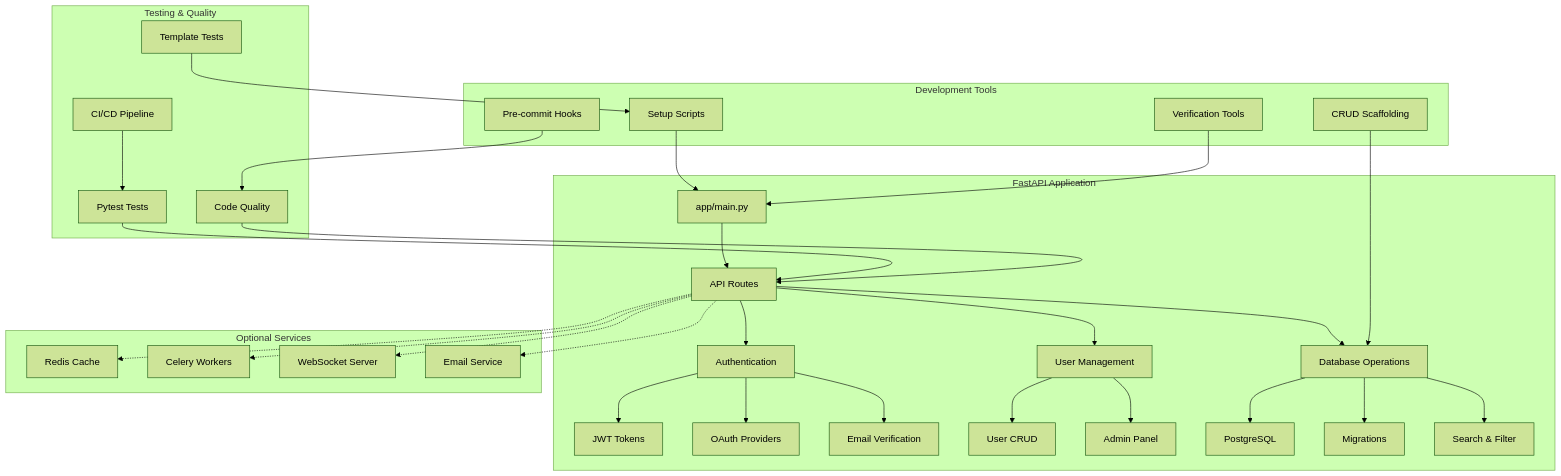
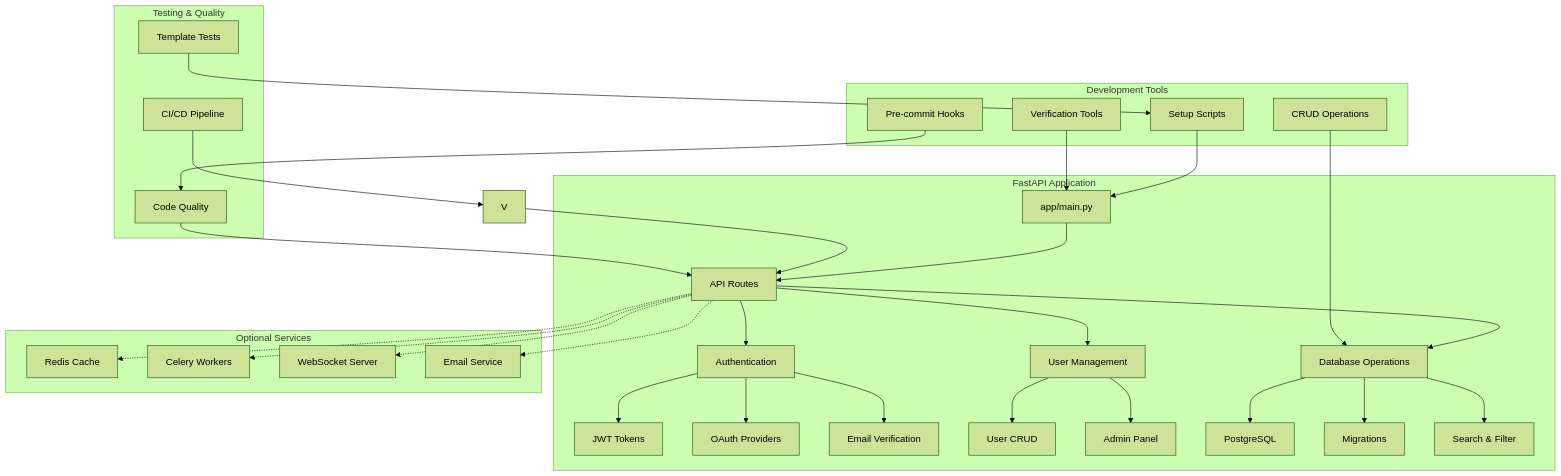
One commit to triciaward/fast-api-template changed the diagram in docs/tutorials/TUTORIALS.md. Above: the diagram before and after it, drawn with Mermaid (forest theme). The commit also changed other lines of this file and 277 other files, not shown here.

````diff
--- a/docs/tutorials/TUTORIALS.md
+++ b/docs/tutorials/TUTORIALS.md
@@ -65,56 +65,56 @@
 ```mermaid
 flowchart TD
     subgraph "FastAPI Application"
         A[app/main.py] --> B[API Routes]
         B --> C[Authentication]
         B --> D[User Management]
         B --> E[Database Operations]
         
         C --> F[JWT Tokens]
         C --> G[OAuth Providers]
         C --> H[Email Verification]
         
         D --> I[User CRUD]
         D --> J[Admin Panel]
         
         E --> K[PostgreSQL]
         E --> L[Migrations]
         E --> M[Search & Filter]
     end
     
     subgraph "Development Tools"
         N[Setup Scripts]
-        O[CRUD Scaffolding]
+        O[CRUD Operations]
         P[Pre-commit Hooks]
         Q[Verification Tools]
     end
     
     subgraph "Optional Services"
         R[Redis Cache]
         S[Celery Workers]
         T[WebSocket Server]
         U[Email Service]
     end
     
     subgraph "Testing & Quality"
-        V[Pytest Tests]
+        
         W[Template Tests]
         X[Code Quality]
         Y[CI/CD Pipeline]
     end
     
     B -.-> R
     B -.-> S
     B -.-> T
     B -.-> U
     
     N --> A
     O --> E
     P --> X
     Q --> A
     
     V --> B
     W --> N
     X --> B
     Y --> V
 ```
````
